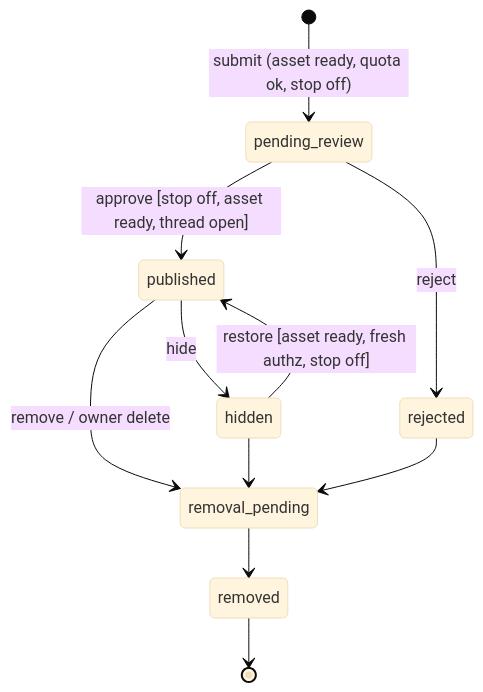
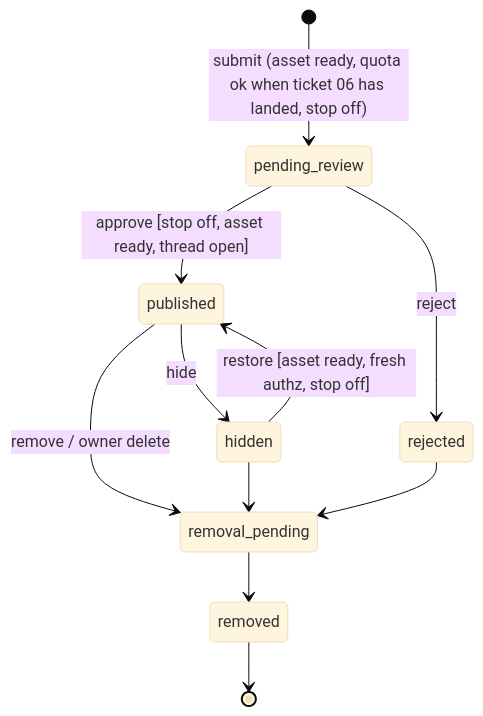
Before and after one commit to Zero-State-LLC/JChain: the second of 2 diagrams in docs/SPEC.md, drawn with Mermaid (base theme). The commit also changed other lines of this file and 2 other files, not shown here.

````diff
--- a/docs/SPEC.md
+++ b/docs/SPEC.md
@@ -141,13 +141,13 @@
 ```mermaid
 stateDiagram-v2
-  [*] --> pending_review: submit (asset ready, quota ok, stop off)
+  [*] --> pending_review: submit (asset ready, quota ok when ticket 06 has landed, stop off)
   pending_review --> published: approve [stop off, asset ready, thread open]
   pending_review --> rejected: reject
   published --> hidden: hide
   published --> removal_pending: remove / owner delete
   hidden --> published: restore [asset ready, fresh authz, stop off]
   hidden --> removal_pending
   rejected --> removal_pending
   removal_pending --> removed
   removed --> [*]
 ```
````
